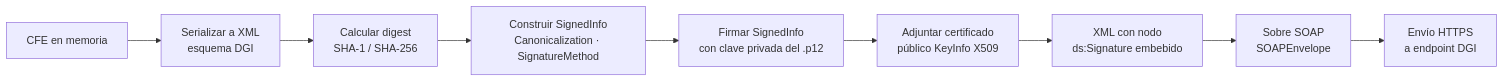
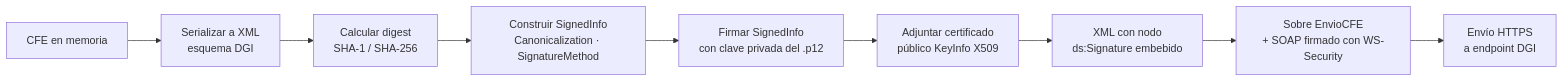
The third of 7 diagrams in landing/src/content/docs/guides/workflows.mdx (MathiasGonzalez/UruFactura), drawn with Mermaid before and after one commit. The commit also changed other lines of this file and 132 other files, not shown here.

First line of the commit message:
refactor: update README and SECURITY documentation for CFE and signature changes

````diff
--- a/landing/src/content/docs/guides/workflows.mdx
+++ b/landing/src/content/docs/guides/workflows.mdx
@@ -73,11 +75,11 @@
 ```mermaid
 flowchart LR
     A[CFE en memoria] --> B[Serializar a XML\nesquema DGI]
     B --> C[Calcular digest\nSHA-1 / SHA-256]
     C --> D[Construir SignedInfo\nCanonicalization · SignatureMethod]
     D --> E[Firmar SignedInfo\ncon clave privada del .p12]
     E --> F[Adjuntar certificado\npúblico KeyInfo X509]
     F --> G[XML con nodo\nds:Signature embebido]
-    G --> H[Sobre SOAP\nSOAPEnvelope]
+    G --> H[Sobre EnvioCFE\n+ SOAP firmado con WS-Security]
     H --> I[Envío HTTPS\na endpoint DGI]
 ```
````
